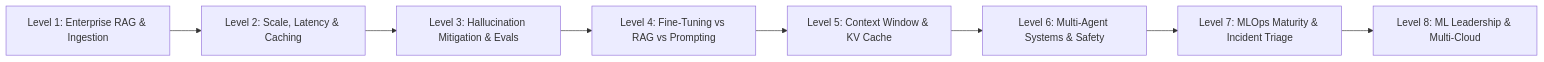
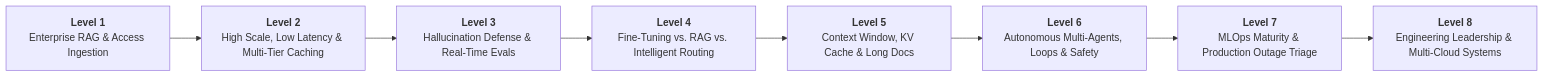
One commit to rahulkumarjha26/genai-study-materials changed the first of 10 diagrams in README_V2.md. Above: the diagram before and after it, drawn with Mermaid. The commit also changed other lines of this file, not shown here.

Commit message:
Reboot README_V2.md with Teacher-First Framework, 1:1 Flowchart Alignment, Jargon Decoders, and Zero Repetition

````diff
--- a/README_V2.md
+++ b/README_V2.md
@@ -24,10 +26,10 @@
 ```mermaid
 flowchart LR
-    L1["Level 1: Enterprise RAG & Ingestion"] --> L2["Level 2: Scale, Latency & Caching"]
-    L2 --> L3["Level 3: Hallucination Mitigation & Evals"]
-    L3 --> L4["Level 4: Fine-Tuning vs RAG vs Prompting"]
-    L4 --> L5["Level 5: Context Window & KV Cache"]
-    L5 --> L6["Level 6: Multi-Agent Systems & Safety"]
-    L6 --> L7["Level 7: MLOps Maturity & Incident Triage"]
-    L7 --> L8["Level 8: ML Leadership & Multi-Cloud"]
+    L1["<b>Level 1</b><br/>Enterprise RAG & Access Ingestion"] --> L2["<b>Level 2</b><br/>High Scale, Low Latency & Multi-Tier Caching"]
+    L2 --> L3["<b>Level 3</b><br/>Hallucination Defense & Real-Time Evals"]
+    L3 --> L4["<b>Level 4</b><br/>Fine-Tuning vs. RAG vs. Intelligent Routing"]
+    L4 --> L5["<b>Level 5</b><br/>Context Window, KV Cache & Long Docs"]
+    L5 --> L6["<b>Level 6</b><br/>Autonomous Multi-Agents, Loops & Safety"]
+    L6 --> L7["<b>Level 7</b><br/>MLOps Maturity & Production Outage Triage"]
+    L7 --> L8["<b>Level 8</b><br/>Engineering Leadership & Multi-Cloud Systems"]
 ```
````
